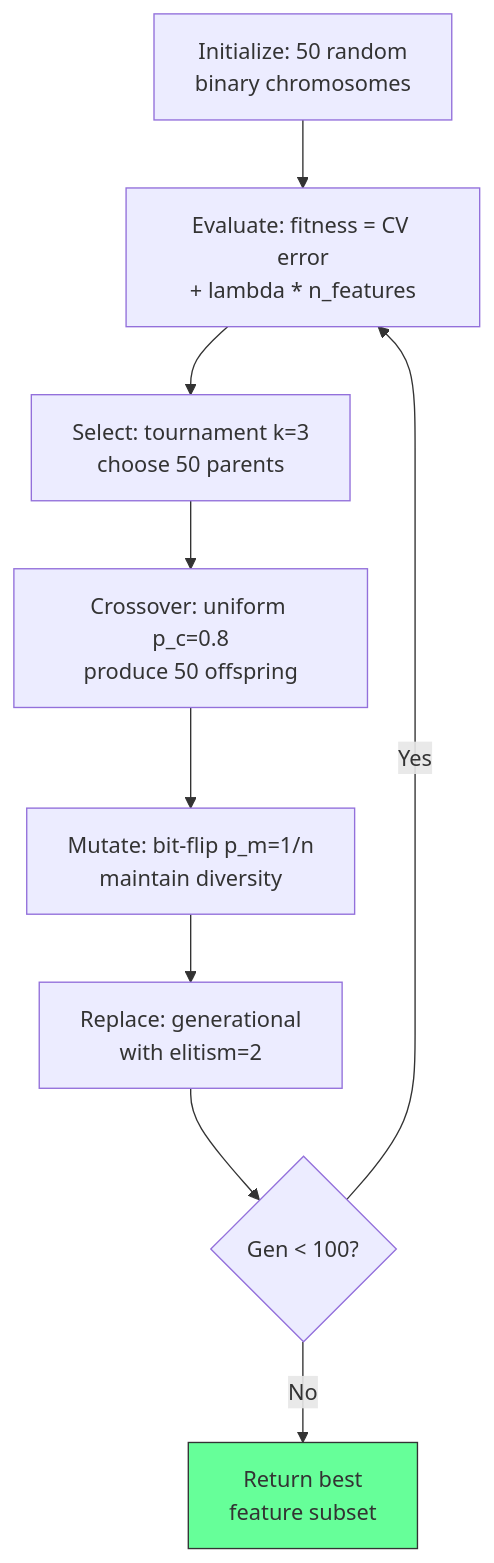
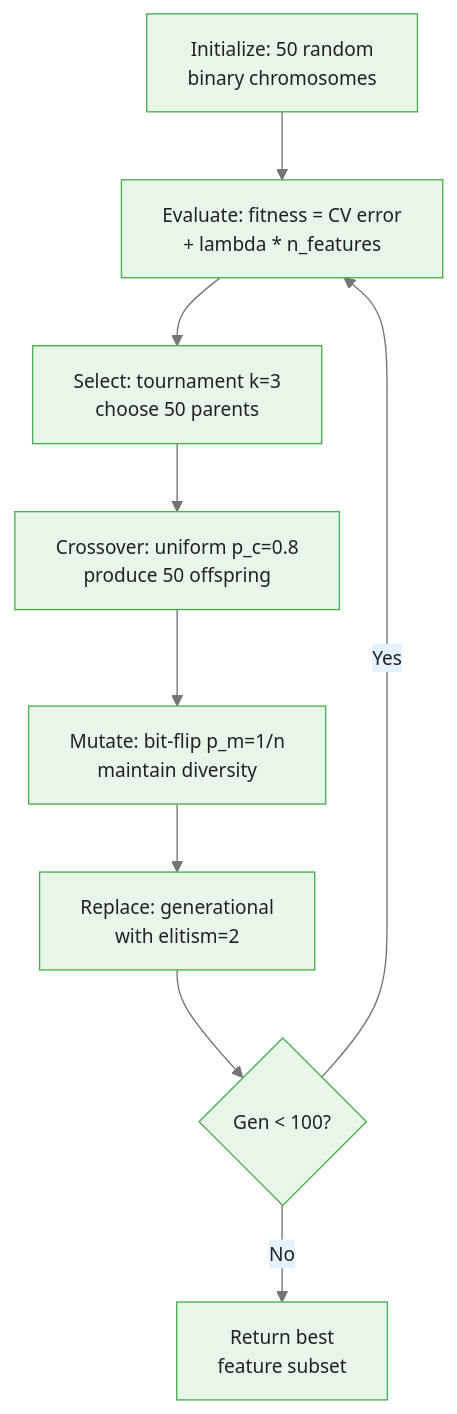
Before and after one commit to m-deane/course-creator: the fourth of 4 diagrams in courses/genetic-algorithms-feature-selection/modules/module_01_ga_fundamentals/guides/01_ga_components_slides.md, drawn with Mermaid. The commit also changed other lines of this file and 52 other files, not shown here.

````diff
--- a/courses/genetic-algorithms-feature-selection/modules/module_01_ga_fundamentals/guides/01_ga_components_slides.md
+++ b/courses/genetic-algorithms-feature-selection/modules/module_01_ga_fundamentals/guides/01_ga_components_slides.md
@@ -380,12 +376,12 @@
 ```mermaid
+%%{init: {"theme": "base", "themeVariables": {"primaryColor": "#e8f5e9", "primaryBorderColor": "#4caf50", "primaryTextColor": "#212121", "secondaryColor": "#e3f2fd", "tertiaryColor": "#fff8e1", "lineColor": "#757575", "fontFamily": "Inter, sans-serif", "fontSize": "14px"}}}%%
 flowchart TD
     A["Initialize: 50 random<br/>binary chromosomes"] --> B["Evaluate: fitness = CV error<br/>+ lambda * n_features"]
     B --> C["Select: tournament k=3<br/>choose 50 parents"]
     C --> D["Crossover: uniform p_c=0.8<br/>produce 50 offspring"]
     D --> E["Mutate: bit-flip p_m=1/n<br/>maintain diversity"]
     E --> F["Replace: generational<br/>with elitism=2"]
     F --> G{"Gen < 100?"}
     G -->|Yes| B
     G -->|No| H["Return best<br/>feature subset"]
-    style H fill:#6f9,stroke:#333
 ```
````
